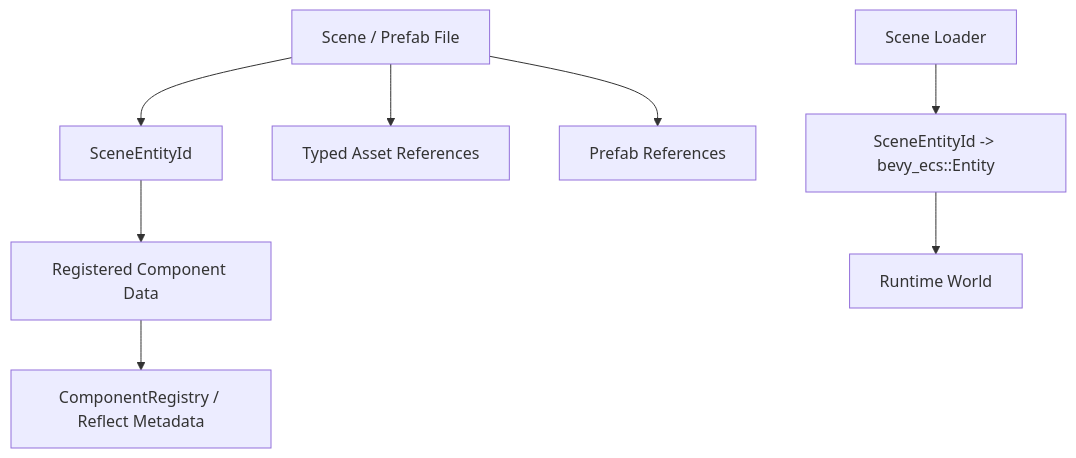
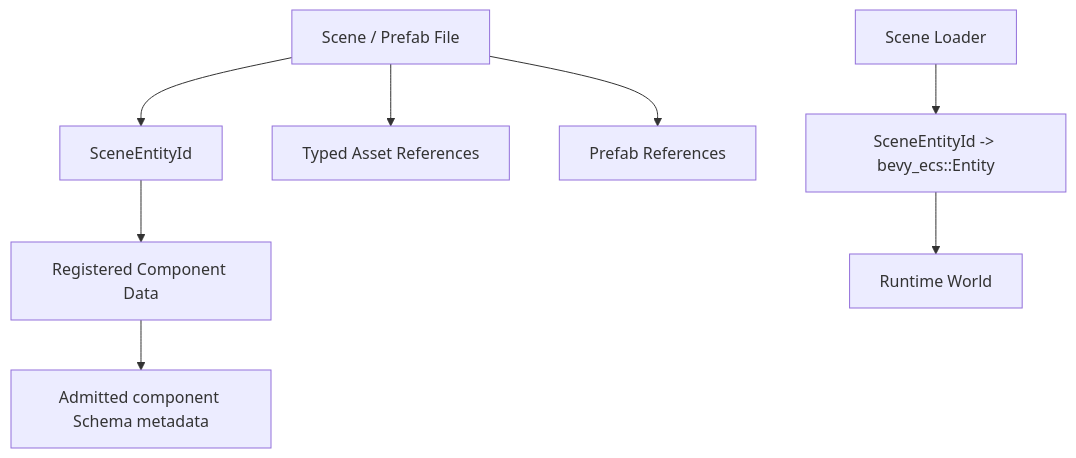
Before and after one commit to Latias94/nara: the diagram in docs/architecture/adr/0006-scene-and-prefab-data-model.md, drawn with Mermaid. The commit also changed other lines of this file and 187 other files, not shown here.

First line of the commit message:
refactor(reflect)!: separate registry construction from admitted ownership

````diff
--- a/docs/architecture/adr/0006-scene-and-prefab-data-model.md
+++ b/docs/architecture/adr/0006-scene-and-prefab-data-model.md
@@ -31,10 +31,10 @@
 ```mermaid
 flowchart TD
     SceneFile[Scene / Prefab File] --> SceneEntity[SceneEntityId]
     SceneEntity --> Components[Registered Component Data]
-    Components --> Registry[ComponentRegistry / Reflect Metadata]
+    Components --> Registry[Admitted component Schema metadata]
     SceneFile --> Assets[Typed Asset References]
     SceneFile --> PrefabRefs[Prefab References]
     Loader[Scene Loader] --> Map[SceneEntityId -> bevy_ecs::Entity]
     Map --> World[Runtime World]
 ```
````
